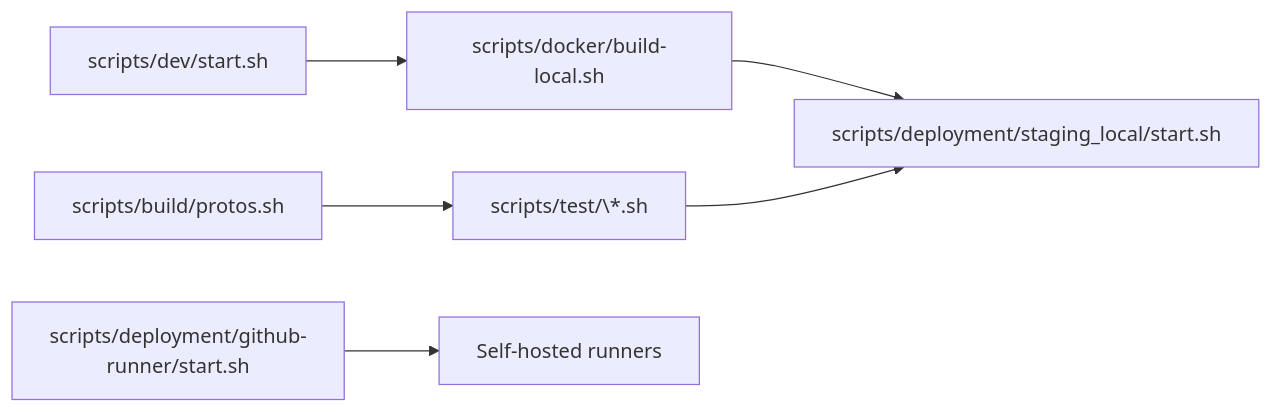
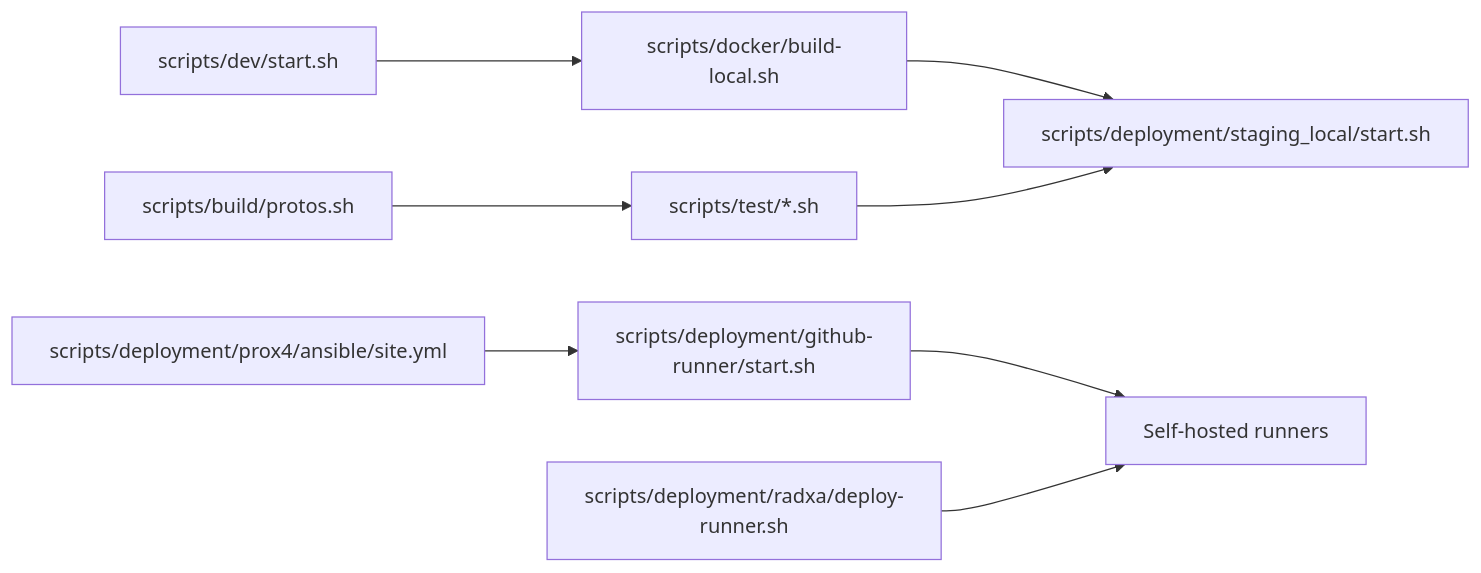
One commit to josnelihurt/learning-cuda changed the diagram in scripts/README.md. Above: the diagram before and after it, drawn with Mermaid. The commit also changed other lines of this file and 4 other files, not shown here.

````diff
--- a/scripts/README.md
+++ b/scripts/README.md
@@ -17,15 +17,19 @@
 ```mermaid
 flowchart LR
     DevStart[scripts/dev/start.sh]
     BuildProtos[scripts/build/protos.sh]
     DockerLocal[scripts/docker/build-local.sh]
-    Tests[scripts/test/\*.sh]
+    Tests[scripts/test/*.sh]
     Staging[scripts/deployment/staging_local/start.sh]
     Runners[scripts/deployment/github-runner/start.sh]
+    Radxa[scripts/deployment/radxa/deploy-runner.sh]
+    Prox4[scripts/deployment/prox4/ansible/site.yml]
 
     DevStart --> DockerLocal
     BuildProtos --> Tests
     DockerLocal --> Staging
     Tests --> Staging
     Runners --> CI[Self-hosted runners]
+    Prox4 --> Runners
+    Radxa --> CI
 ```
````
